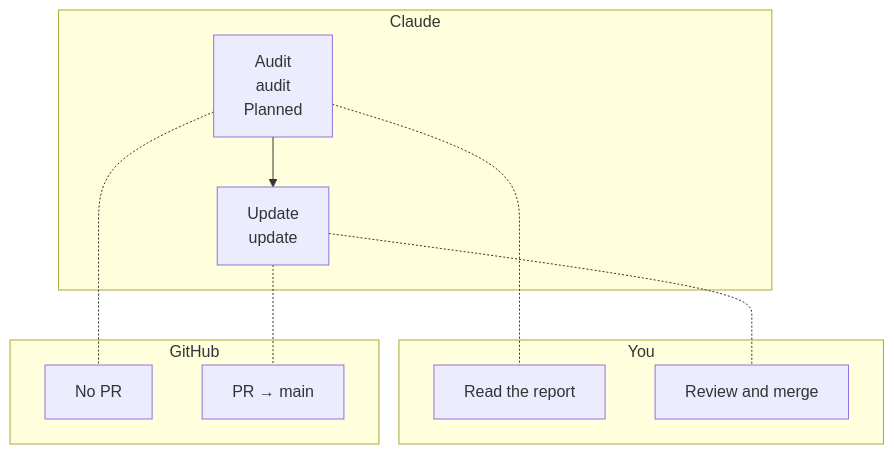
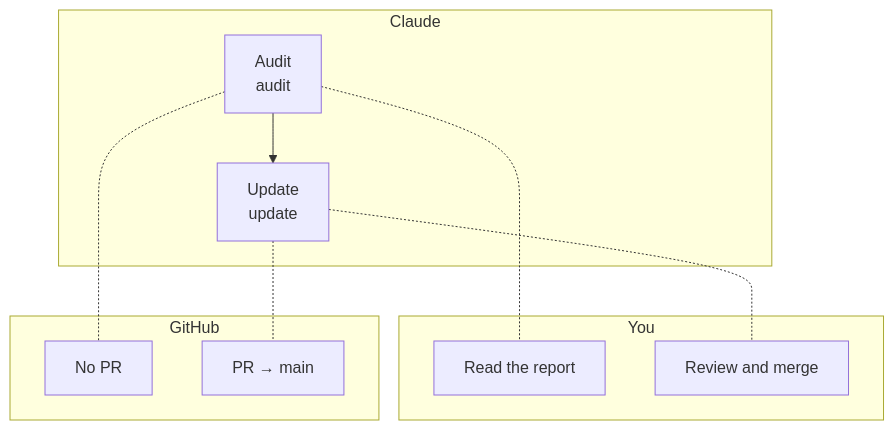
Before and after one commit to viralparikh-dev/cuevik-plugins: the third of 3 diagrams in docs/guides/Cuevik-Plugins_Walkthrough.md, drawn with Mermaid. The commit also changed other lines of this file and 11 other files, not shown here.

````diff
--- a/docs/guides/Cuevik-Plugins_Walkthrough.md
+++ b/docs/guides/Cuevik-Plugins_Walkthrough.md
@@ -200,20 +200,20 @@
 ```mermaid
 flowchart TB
   subgraph YOU["You"]
     S0_0["Read the report"]
     S1_0["Review and merge"]
   end
   subgraph CL["Claude"]
-    M0["Audit<br/>audit<br/>Planned"]
+    M0["Audit<br/>audit"]
     M1["Update<br/>update"]
   end
   subgraph GH["GitHub"]
     S0_1["No PR"]
     S1_1["PR → main"]
   end
   M0 -.- S0_0
   M0 -.- S0_1
   M0 --> M1
   M1 -.- S1_0
   M1 -.- S1_1
 ```
````
